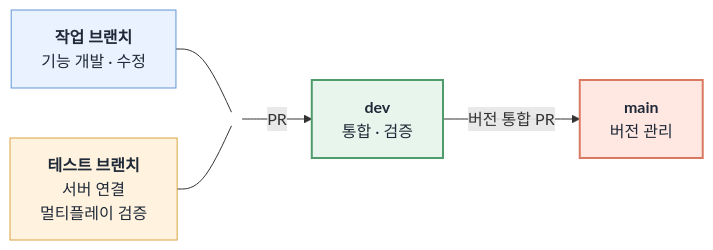
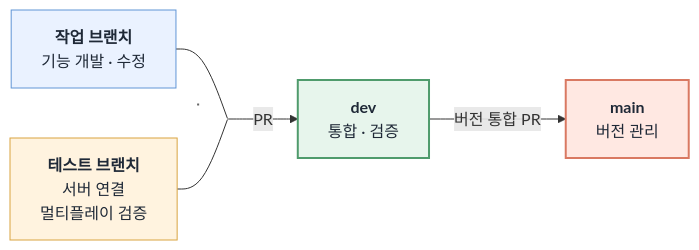
Before and after one commit to j1sung/ChickenFight: the second of 2 diagrams in README.md, drawn with Mermaid.

````diff
--- a/README.md
+++ b/README.md
@@ -189,19 +189,19 @@
 ```mermaid
 flowchart LR
     Work["<b>작업 브랜치</b><br/>기능 개발 · 수정"]
     Test["<b>테스트 브랜치</b><br/>서버 연결<br/>멀티플레이 검증"]
-    Join(( ))
+    Join[" "]
     Dev["<b>dev</b><br/>통합 · 검증"]
     Main["<b>main</b><br/>버전 관리"]
 
     Work --- Join
     Test --- Join
     Join -->|PR| Dev
     Dev -->|버전 통합 PR| Main
 
     style Work fill:#EAF2FF,stroke:#6195D6,color:#1F2937
     style Test fill:#FFF3DF,stroke:#D9A441,color:#1F2937
-    style Join fill:none,stroke:none
+    style Join width:1px,height:1px,padding:0px,font-size:0px,fill:#666,stroke:#666
     style Dev fill:#E7F5EC,stroke:#4F9B6C,color:#1F2937,stroke-width:2px
     style Main fill:#FFE8E2,stroke:#D97962,color:#1F2937,stroke-width:2px
 ```
````
